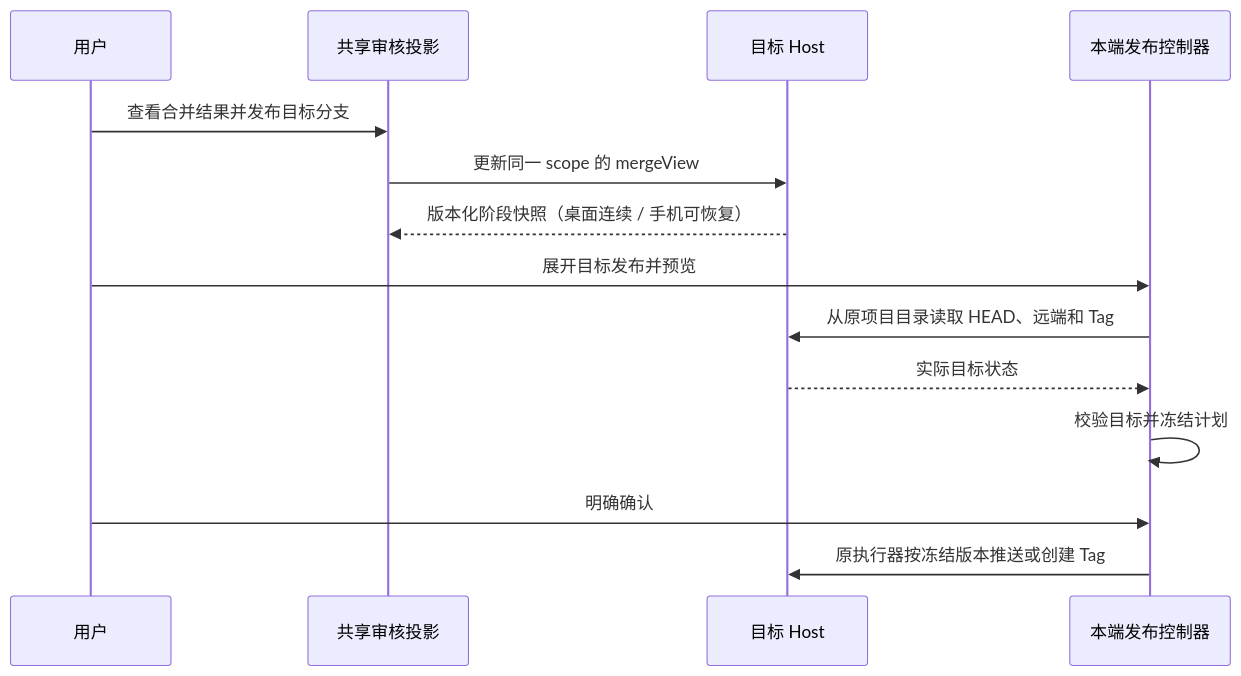
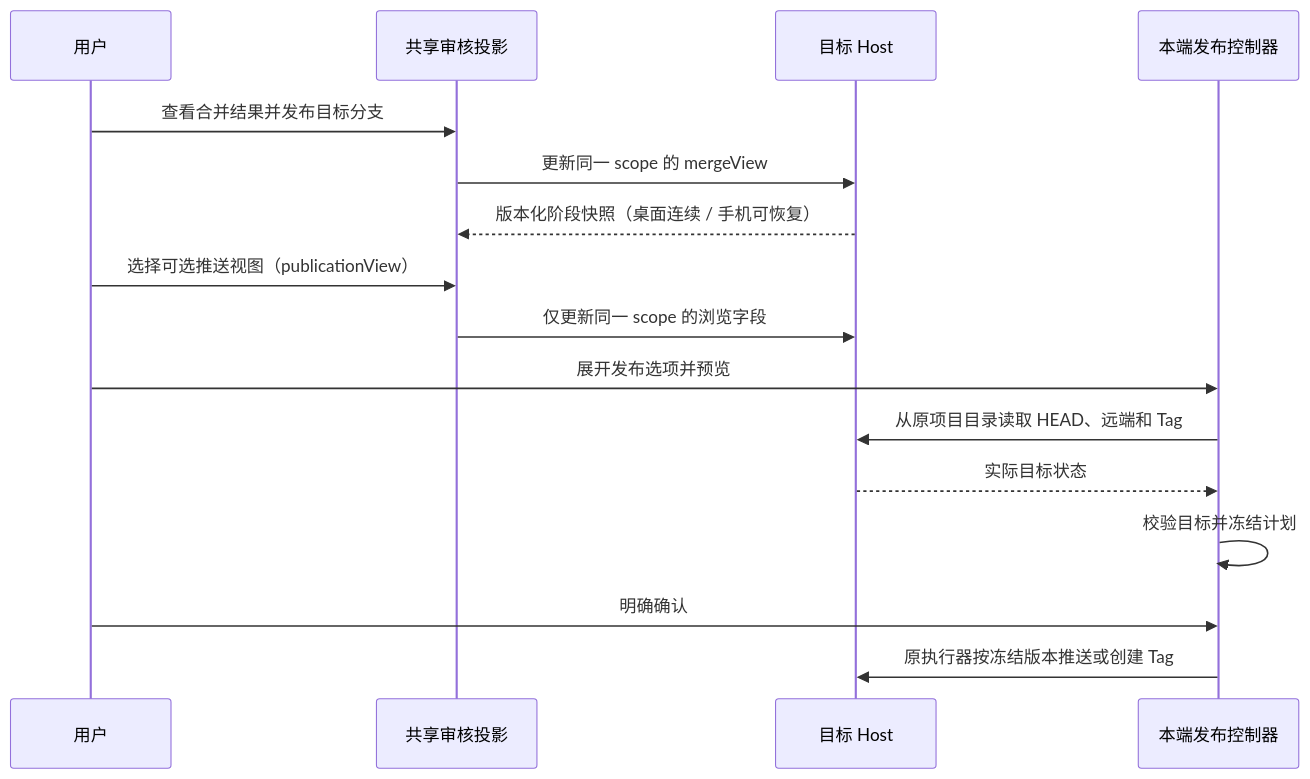
Before and after one commit to lemon-casino/LemonCode: the second of 5 diagrams in specs/worktree-ui.md, drawn with Mermaid. The commit also changed other lines of this file and 60 other files, not shown here.

````diff
--- a/specs/worktree-ui.md
+++ b/specs/worktree-ui.md
@@ -65,16 +67,18 @@
 ```mermaid
 sequenceDiagram
   participant User as 用户
   participant View as 共享审核投影
   participant Host as 目标 Host
   participant Publish as 本端发布控制器
   User->>View: 查看合并结果并发布目标分支
   View->>Host: 更新同一 scope 的 mergeView
   Host-->>View: 版本化阶段快照（桌面连续 / 手机可恢复）
-  User->>Publish: 展开目标发布并预览
+  User->>View: 选择可选推送视图（publicationView）
+  View->>Host: 仅更新同一 scope 的浏览字段
+  User->>Publish: 展开发布选项并预览
   Publish->>Host: 从原项目目录读取 HEAD、远端和 Tag
   Host-->>Publish: 实际目标状态
   Publish->>Publish: 校验目标并冻结计划
   User->>Publish: 明确确认
   Publish->>Host: 原执行器按冻结版本推送或创建 Tag
 ```
````
